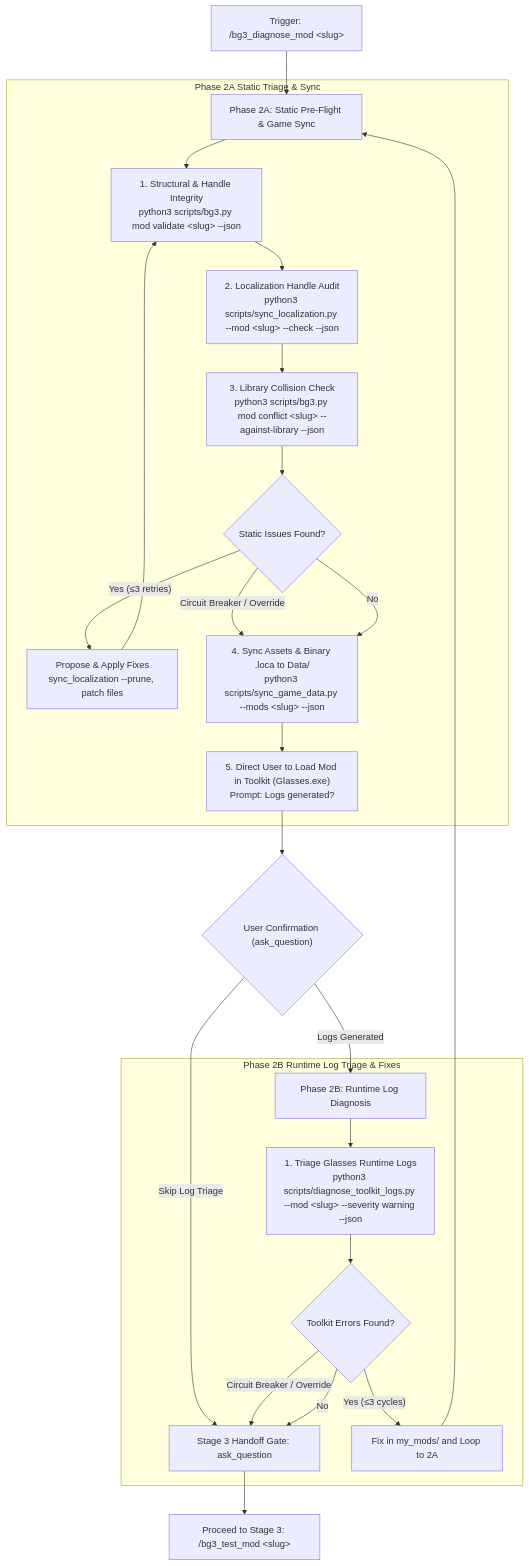
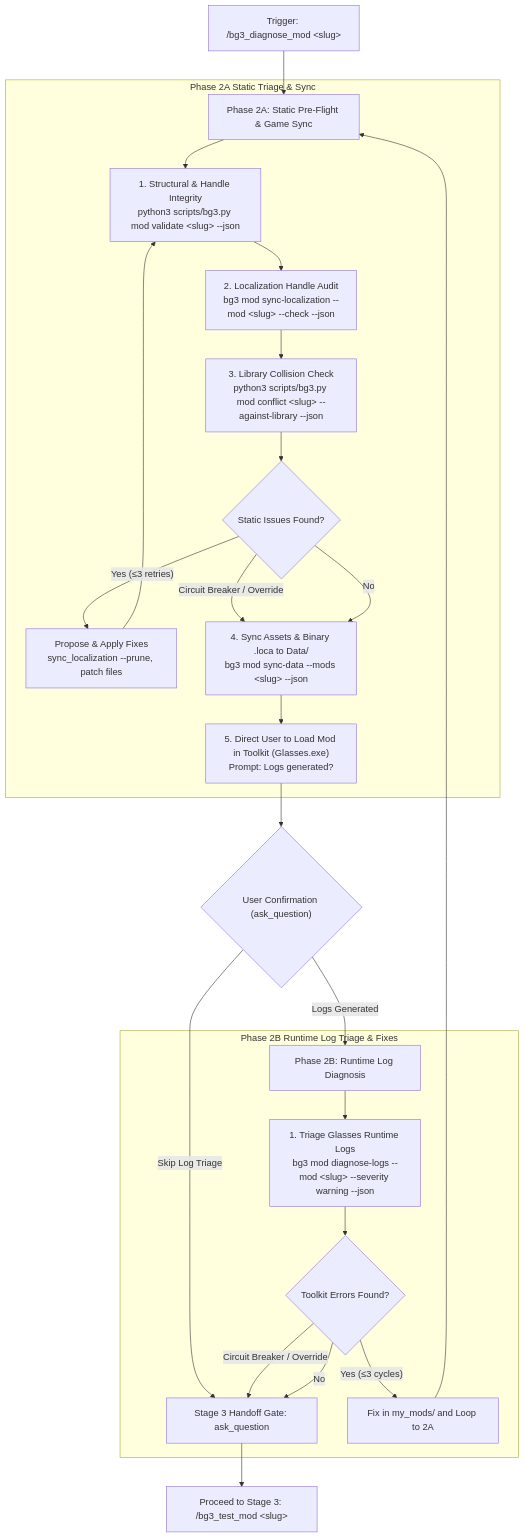
Before and after one commit to jpelton-stroud/bg3-mod-studio: the diagram in .agents/skills/bg3_diagnose_mod/SKILL.md, drawn with Mermaid. The commit also changed other lines of this file and 101 other files, not shown here.

````diff
--- a/.agents/skills/bg3_diagnose_mod/SKILL.md
+++ b/.agents/skills/bg3_diagnose_mod/SKILL.md
@@ -29,38 +29,38 @@
 ```mermaid
 flowchart TD
     Trigger["Trigger: /bg3_diagnose_mod &lt;slug&gt;"] --> Phase2A["Phase 2A: Static Pre-Flight & Game Sync"]
     
     subgraph Phase 2A Static Triage & Sync
         Phase2A --> Val["1. Structural & Handle Integrity
 python3 scripts/bg3.py mod validate &lt;slug&gt; --json"]
         Val --> Loc["2. Localization Handle Audit
-python3 scripts/sync_localization.py --mod &lt;slug&gt; --check --json"]
+bg3 mod sync-localization --mod &lt;slug&gt; --check --json"]
         Loc --> Conf["3. Library Collision Check
 python3 scripts/bg3.py mod conflict &lt;slug&gt; --against-library --json"]
         Conf --> Fix2A{"Static Issues Found?"}
         Fix2A -- "Yes (≤3 retries)" --> Patch2A["Propose & Apply Fixes
 sync_localization --prune, patch files"]
         Patch2A --> Val
         Fix2A -- "Circuit Breaker / Override" --> Sync
         Fix2A -- "No" --> Sync["4. Sync Assets & Binary .loca to Data/
-python3 scripts/sync_game_data.py --mods &lt;slug&gt; --json"]
+bg3 mod sync-data --mods &lt;slug&gt; --json"]
         Sync --> PromptUser["5. Direct User to Load Mod in Toolkit (Glasses.exe)
 Prompt: Logs generated?"]
     end
     
     PromptUser --> UserGate{"User Confirmation (ask_question)"}
     UserGate -- "Logs Generated" --> Phase2B["Phase 2B: Runtime Log Diagnosis"]
     UserGate -- "Skip Log Triage" --> Gate["Stage 3 Handoff Gate: ask_question"]
     
     subgraph Phase 2B Runtime Log Triage & Fixes
         Phase2B --> Logs["1. Triage Glasses Runtime Logs
-python3 scripts/diagnose_toolkit_logs.py --mod &lt;slug&gt; --severity warning --json"]
+bg3 mod diagnose-logs --mod &lt;slug&gt; --severity warning --json"]
         Logs --> LogFix{"Toolkit Errors Found?"}
         LogFix -- "Yes (≤3 cycles)" --> Patch2B["Fix in my_mods/ and Loop to 2A"]
         LogFix -- "Circuit Breaker / Override" --> Gate
         LogFix -- "No" --> Gate
     end
     
     Patch2B --> Phase2A
     Gate --> TestMod["Proceed to Stage 3: /bg3_test_mod &lt;slug&gt;"]
 ```
````
